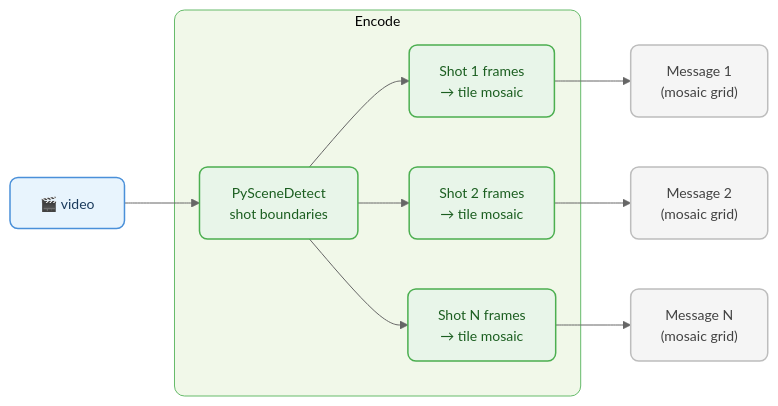
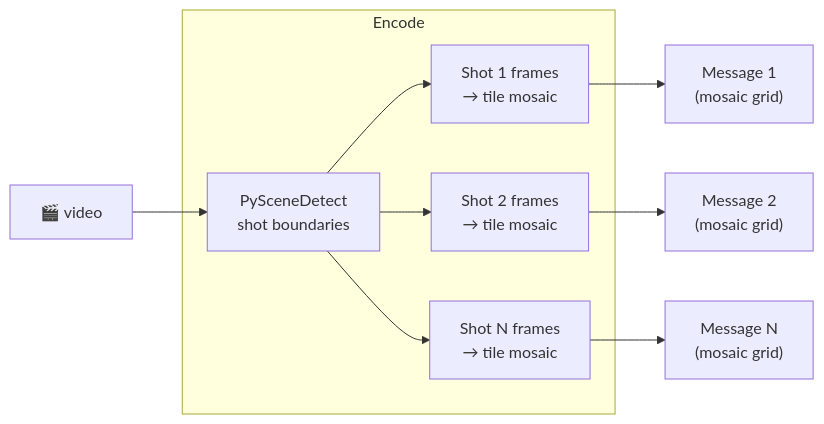
Before and after one commit to vlm-run/mm: the eighth of 17 diagrams in docs/ENCODERS.md, drawn with Mermaid. The commit also changed other lines of this file and 3 other files, not shown here.

````diff
--- a/docs/ENCODERS.md
+++ b/docs/ENCODERS.md
@@ -232,27 +183,20 @@
 ```mermaid
-%%{init: {'theme': 'base', 'themeVariables': { 'fontSize': '14px', 'primaryColor': '#e8f4fd', 'primaryBorderColor': '#4a90d9', 'lineColor': '#666'}}}%%
 graph LR
-  video["🎬 video"]:::input
+  video["🎬 video"]
 
   subgraph encode ["Encode"]
-    detect["PySceneDetect\nshot boundaries"]:::encode
-    s1["Shot 1 frames\n→ tile mosaic"]:::encode
-    s2["Shot 2 frames\n→ tile mosaic"]:::encode
-    s3["Shot N frames\n→ tile mosaic"]:::encode
+    detect["PySceneDetect\nshot boundaries"]
+    s1["Shot 1 frames\n→ tile mosaic"]
+    s2["Shot 2 frames\n→ tile mosaic"]
+    s3["Shot N frames\n→ tile mosaic"]
   end
 
-  m1["Message 1\n(mosaic grid)"]:::output
-  m2["Message 2\n(mosaic grid)"]:::output
-  m3["Message N\n(mosaic grid)"]:::output
+  m1["Message 1\n(mosaic grid)"]
+  m2["Message 2\n(mosaic grid)"]
+  m3["Message N\n(mosaic grid)"]
 
   video --> detect
   detect --> s1 --> m1
   detect --> s2 --> m2
   detect --> s3 --> m3
-
-  classDef input fill:#e8f4fd,stroke:#4a90d9,stroke-width:1.5px,color:#1a3a5c,rx:8
-  classDef encode fill:#e8f5e9,stroke:#4caf50,stroke-width:1.5px,color:#1b5e20,rx:8
-  classDef output fill:#f5f5f5,stroke:#bdbdbd,stroke-width:1.5px,color:#424242,rx:8
-
-  style encode fill:#f1f8e9,stroke:#66bb6a,stroke-width:1px,rx:10
 ```
````
